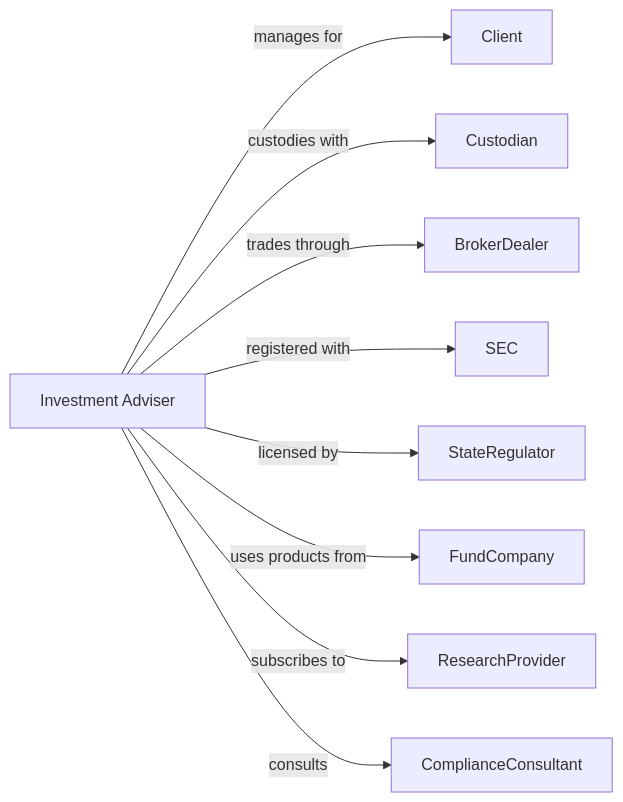
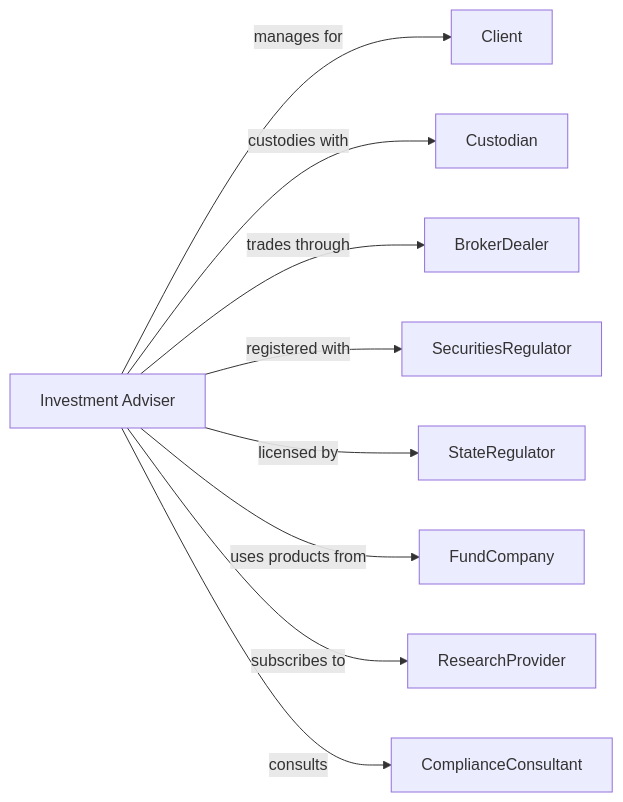
The second of 2 diagrams in Finance/SecuritiesCommodityContractsAndOtherFinancialInvestmentsAndRelatedActivities/OtherFinancialInvestmentActivities/PortfolioManagementAndInvestmentAdvice.mdx (dot-org-ai/industries.org.ai), drawn with Mermaid before and after one commit. The commit also changed other lines of this file and 639 other files, not shown here.

````diff
--- a/Finance/SecuritiesCommodityContractsAndOtherFinancialInvestmentsAndRelatedActivities/OtherFinancialInvestmentActivities/PortfolioManagementAndInvestmentAdvice.mdx
+++ b/Finance/SecuritiesCommodityContractsAndOtherFinancialInvestmentsAndRelatedActivities/OtherFinancialInvestmentActivities/PortfolioManagementAndInvestmentAdvice.mdx
@@ -130,13 +130,13 @@
 ```mermaid
 graph LR
     RIA[Investment Adviser]
 
     RIA -->|manages for| Client
     RIA -->|custodies with| Custodian
     RIA -->|trades through| BrokerDealer
-    RIA -->|registered with| SEC
+    RIA -->|registered with| SecuritiesRegulator
     RIA -->|licensed by| StateRegulator
     RIA -->|uses products from| FundCompany
     RIA -->|subscribes to| ResearchProvider
     RIA -->|consults| ComplianceConsultant
 ```
````
